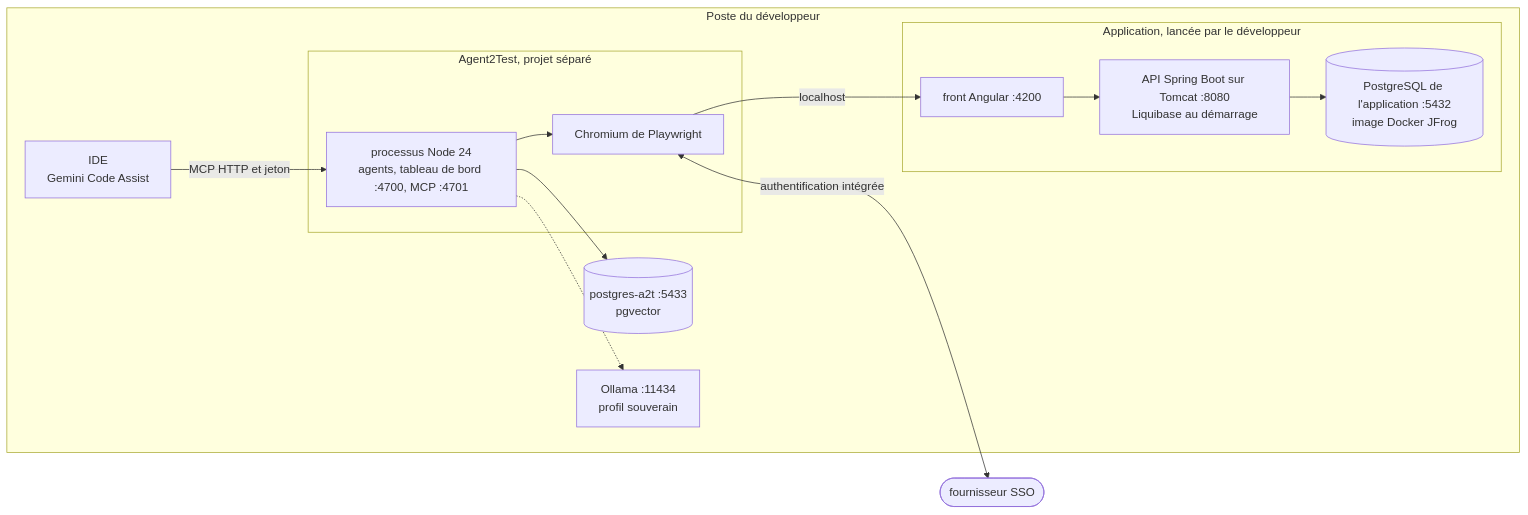
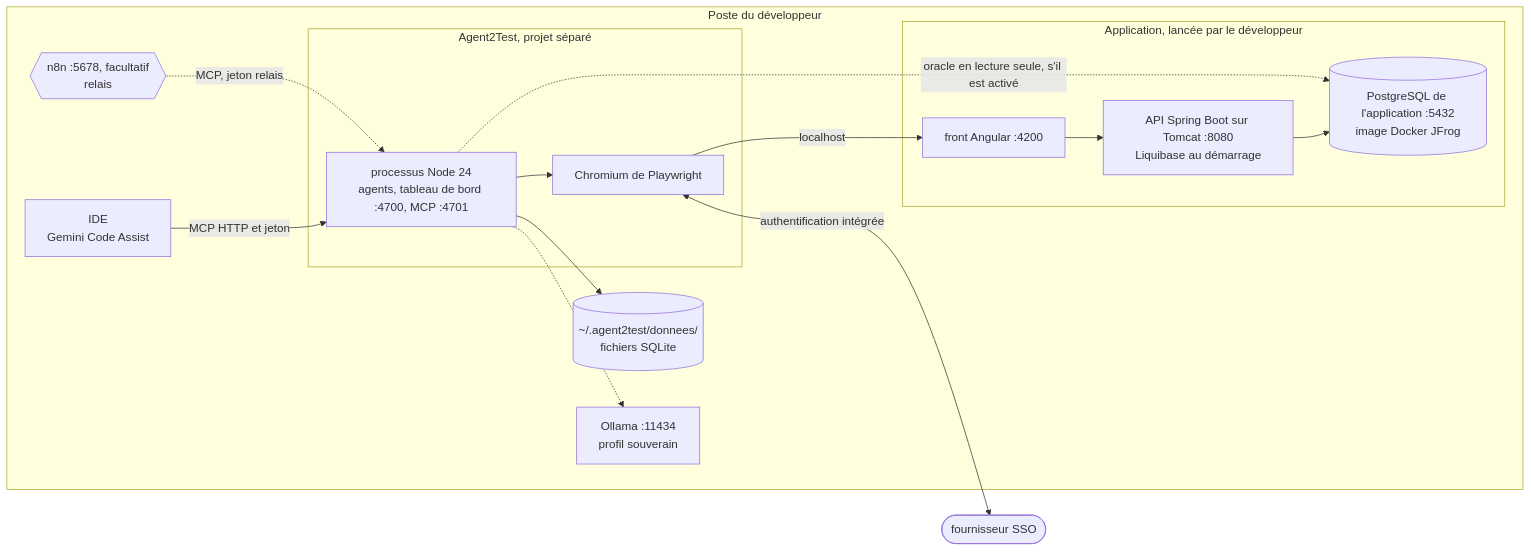
Before and after one commit to FredGarcia/Agent2Prompt: the diagram in specs/agent2test/modules/exploitation/SKILL.md, drawn with Mermaid. The commit also changed other lines of this file and 43 other files, not shown here.

````diff
--- a/specs/agent2test/modules/exploitation/SKILL.md
+++ b/specs/agent2test/modules/exploitation/SKILL.md
@@ -14,25 +14,28 @@
 ```mermaid
 flowchart LR
   IDP(["fournisseur SSO"])
   subgraph POSTE["Poste du développeur"]
     subgraph APPLI["Application, lancée par le développeur"]
       NG["front Angular :4200"]
       API["API Spring Boot sur Tomcat :8080<br/>Liquibase au démarrage"]
       PGA[("PostgreSQL de l'application :5432<br/>image Docker JFrog")]
     end
     subgraph A2T["Agent2Test, projet séparé"]
       NODE["processus Node 24<br/>agents, tableau de bord :4700, MCP :4701"]
       CHR["Chromium de Playwright"]
     end
-    PG[("postgres-a2t :5433<br/>pgvector")]
+    BDD[("~/.agent2test/donnees/<br/>fichiers SQLite")]
     OLL["Ollama :11434<br/>profil souverain"]
+    N8N{{"n8n :5678, facultatif<br/>relais"}}
     VSC["IDE<br/>Gemini Code Assist"]
   end
   VSC -->|"MCP HTTP et jeton"| NODE
   NODE --> CHR
   CHR -->|"localhost"| NG
   NG --> API --> PGA
   CHR <-->|"authentification intégrée"| IDP
-  NODE --> PG
+  NODE --> BDD
   NODE -.-> OLL
+  NODE -.->|"oracle en lecture seule, s'il est activé"| PGA
+  N8N -.->|"MCP, jeton relais"| NODE
 ```
````
